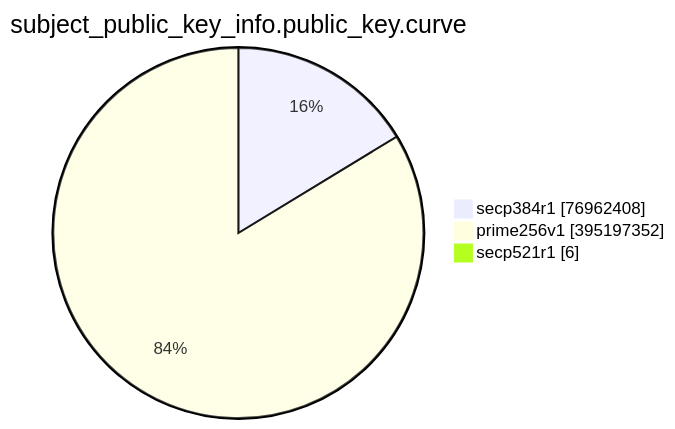
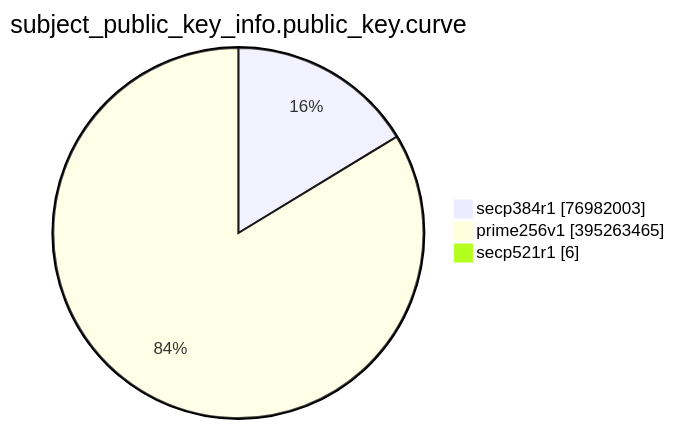
One commit to christiankrug/ctmonitor_visualization changed the eighth of 15 diagrams in TOTAL/README.md. Above: the diagram before and after it, drawn with Mermaid. The commit also changed other lines of this file, not shown here.

````diff
--- a/TOTAL/README.md
+++ b/TOTAL/README.md
@@ -3094,7 +3094,7 @@
 ```mermaid
 pie showData
 title subject_public_key_info.public_key.curve
-"secp384r1" :76962408
-"prime256v1" :395197352
+"secp384r1" :76982003
+"prime256v1" :395263465
 "secp521r1" :6
 ```
````
